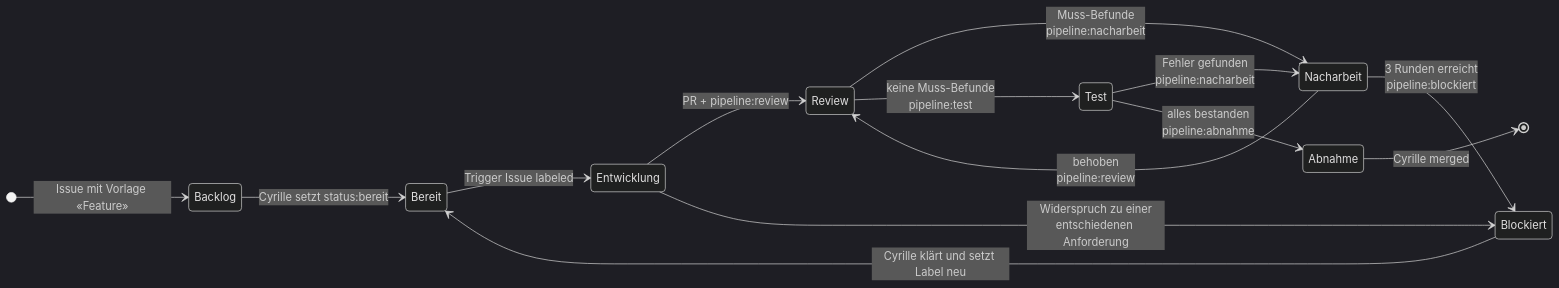
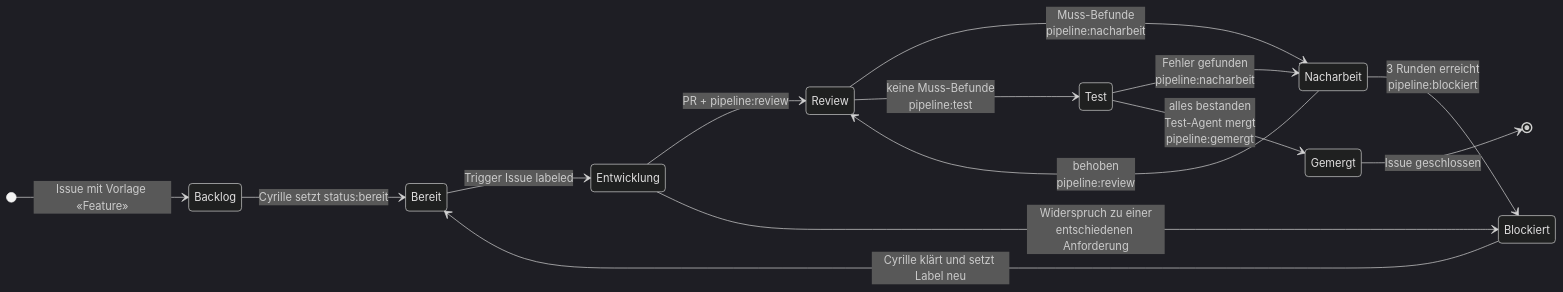
Before and after one commit to cyrilleulmi/StvBeroPlatform: the diagram in docs/pipeline/README.md, drawn with Mermaid (dark theme). The commit also changed other lines of this file and 12 other files, not shown here.

First line of the commit message:
Pipeline: Test-Agent mergt bestandene PRs, Java 25 mit Flyway

````diff
--- a/docs/pipeline/README.md
+++ b/docs/pipeline/README.md
@@ -20,17 +20,17 @@
 ```mermaid
 stateDiagram-v2
     direction LR
     [*] --> Backlog: Issue mit Vorlage «Feature»
     Backlog --> Bereit: Cyrille setzt status:bereit
     Bereit --> Entwicklung: Trigger Issue labeled
     Entwicklung --> Review: PR + pipeline:review
     Review --> Nacharbeit: Muss-Befunde<br/>pipeline:nacharbeit
     Review --> Test: keine Muss-Befunde<br/>pipeline:test
     Test --> Nacharbeit: Fehler gefunden<br/>pipeline:nacharbeit
-    Test --> Abnahme: alles bestanden<br/>pipeline:abnahme
+    Test --> Gemergt: alles bestanden<br/>Test-Agent mergt<br/>pipeline:gemergt
     Nacharbeit --> Review: behoben<br/>pipeline:review
     Nacharbeit --> Blockiert: 3 Runden erreicht<br/>pipeline:blockiert
     Entwicklung --> Blockiert: Widerspruch zu einer<br/>entschiedenen Anforderung
     Blockiert --> Bereit: Cyrille klärt und setzt Label neu
-    Abnahme --> [*]: Cyrille merged
+    Gemergt --> [*]: Issue geschlossen
 ```
````
